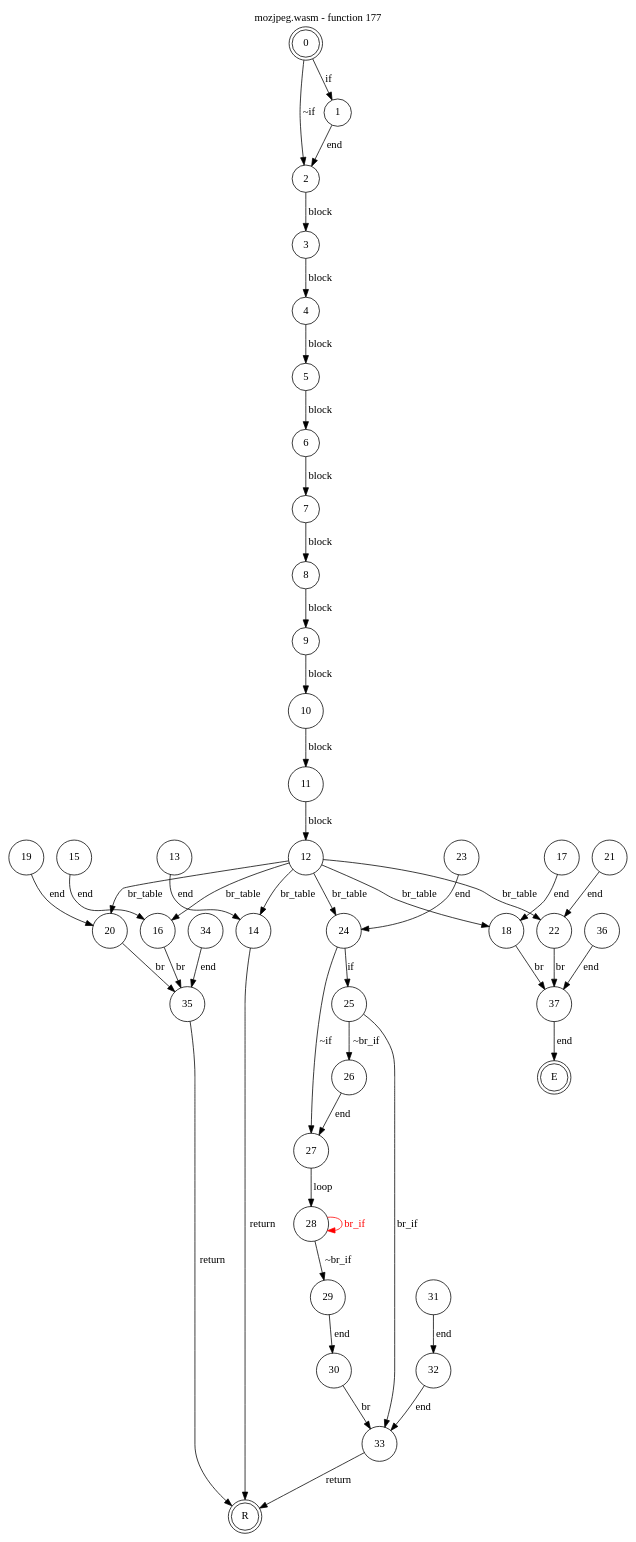
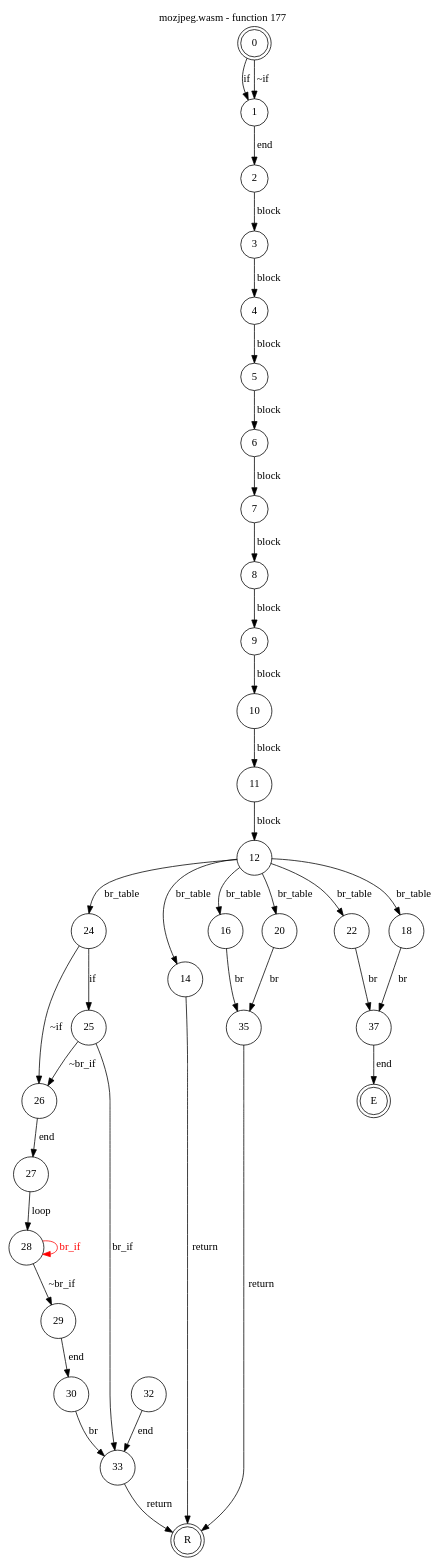
Before and after one commit to jsCarleton/wanalyze: the diagram in test_cases/mozjpeg/funcs/mozjpeg-func177.dot, drawn with Graphviz. The commit also changed 581 other files, not shown here.

```diff
--- a/test_cases/mozjpeg/funcs/mozjpeg-func177.dot
+++ b/test_cases/mozjpeg/funcs/mozjpeg-func177.dot
@@ -1,56 +1,47 @@
 digraph finite_state_machine {
     label = "mozjpeg.wasm - function 177"
     labelloc =  t
     labelfontsize = 16
     labelfontcolor = black
     labelfontname = "Helvetica"
     node [shape = doublecircle]; 0 E R ;
     node [shape = circle];
     0 -> 1[label="if"];
-    0 -> 2[label="~if"];
+    0 -> 1[label="~if"];
     1 -> 2[label="end"];
     2 -> 3[label="block"];
     3 -> 4[label="block"];
     4 -> 5[label="block"];
     5 -> 6[label="block"];
     6 -> 7[label="block"];
     7 -> 8[label="block"];
     8 -> 9[label="block"];
     9 -> 10[label="block"];
     10 -> 11[label="block"];
     11 -> 12[label="block"];
     12 -> 24[label="br_table"];
     12 -> 14[label="br_table"];
     12 -> 16[label="br_table"];
     12 -> 18[label="br_table"];
     12 -> 20[label="br_table"];
     12 -> 22[label="br_table"];
-    13 -> 14[label="end"];
     14 -> R[label="return"];
-    15 -> 16[label="end"];
     16 -> 35[label="br"];
-    17 -> 18[label="end"];
     18 -> 37[label="br"];
-    19 -> 20[label="end"];
     20 -> 35[label="br"];
-    21 -> 22[label="end"];
     22 -> 37[label="br"];
-    23 -> 24[label="end"];
     24 -> 25[label="if"];
-    24 -> 27[label="~if"];
+    24 -> 26[label="~if"];
     25 -> 26[label="~br_if"];
     25 -> 33[label="br_if"];
     26 -> 27[label="end"];
     27 -> 28[label="loop"];
     28 -> 29[label="~br_if"];
     28 -> 28[color="red" fontcolor="red" label="br_if"];
     29 -> 30[label="end"];
     30 -> 33[label="br"];
-    31 -> 32[label="end"];
     32 -> 33[label="end"];
     33 -> R[label="return"];
-    34 -> 35[label="end"];
     35 -> R[label="return"];
-    36 -> 37[label="end"];
     37 -> E[label="end"];
 }
```
